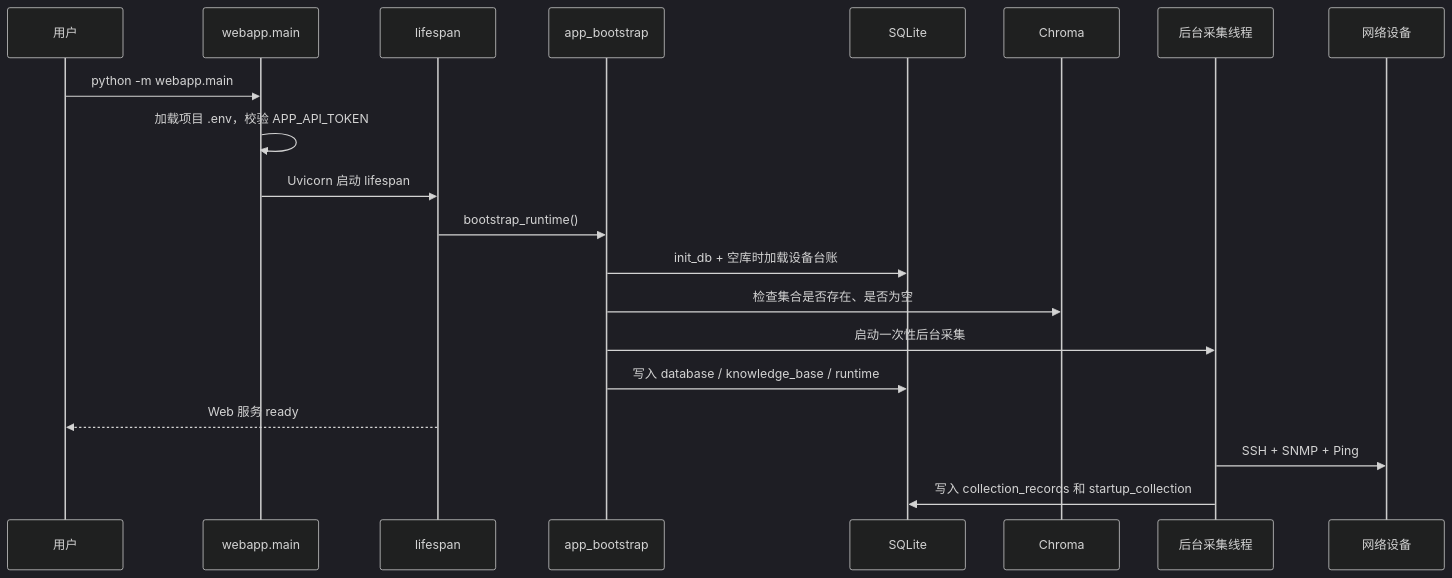
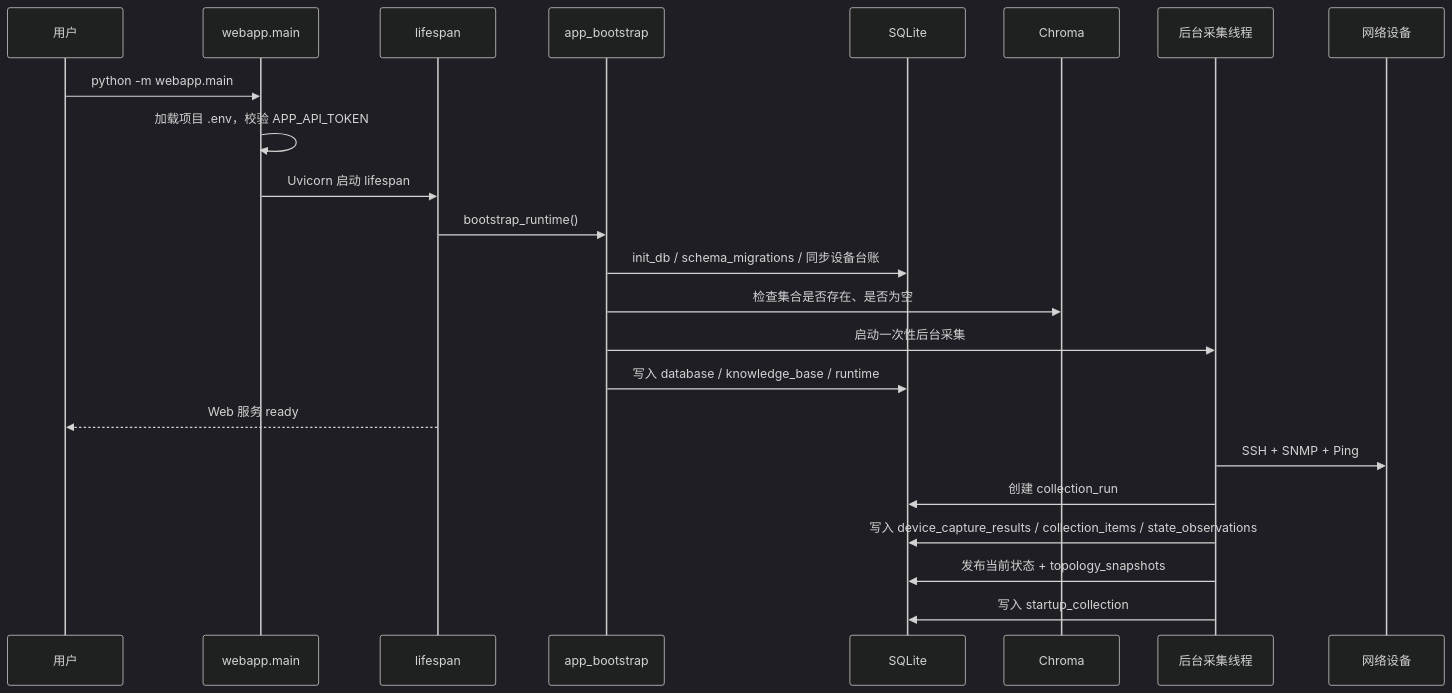
The second of 7 diagrams in README.md (A1PHAalpha/-project6), drawn with Mermaid (dark theme) before and after one commit. The commit also changed other lines of this file and 23 other files, not shown here.

````diff
--- a/README.md
+++ b/README.md
@@ -246,23 +278,26 @@
 ```mermaid
 sequenceDiagram
     participant User as 用户
     participant Main as webapp.main
     participant Life as lifespan
     participant Boot as app_bootstrap
     participant DB as SQLite
     participant KB as Chroma
     participant Worker as 后台采集线程
     participant Device as 网络设备
 
     User->>Main: python -m webapp.main
     Main->>Main: 加载项目 .env，校验 APP_API_TOKEN
     Main->>Life: Uvicorn 启动 lifespan
     Life->>Boot: bootstrap_runtime()
-    Boot->>DB: init_db + 空库时加载设备台账
+    Boot->>DB: init_db / schema_migrations / 同步设备台账
     Boot->>KB: 检查集合是否存在、是否为空
     Boot->>Worker: 启动一次性后台采集
     Boot->>DB: 写入 database / knowledge_base / runtime
     Life-->>User: Web 服务 ready
     Worker->>Device: SSH + SNMP + Ping
-    Worker->>DB: 写入 collection_records 和 startup_collection
+    Worker->>DB: 创建 collection_run
+    Worker->>DB: 写入 device_capture_results / collection_items / state_observations
+    Worker->>DB: 发布当前状态 + topology_snapshots
+    Worker->>DB: 写入 startup_collection
 ```
````
